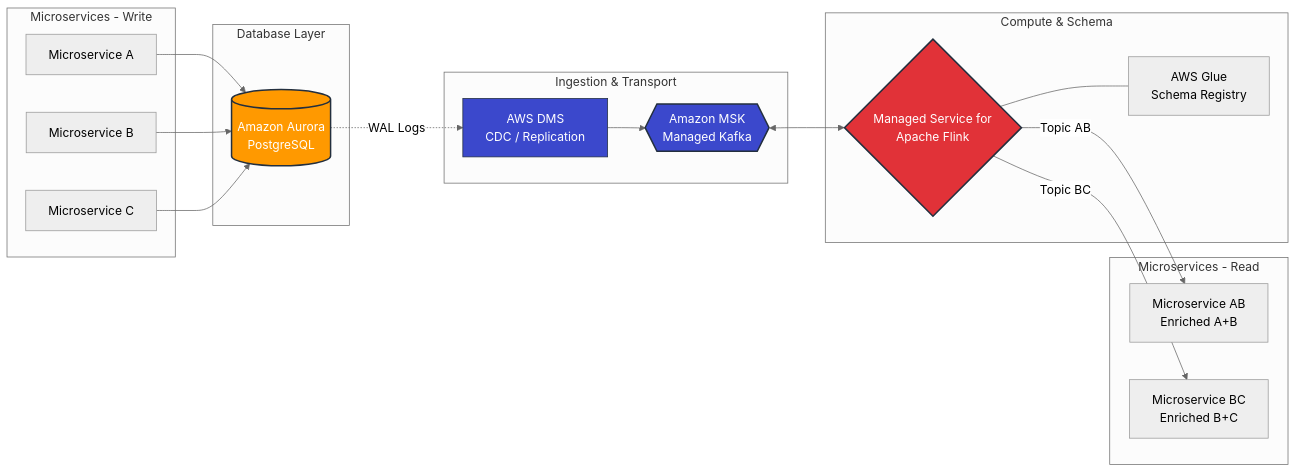
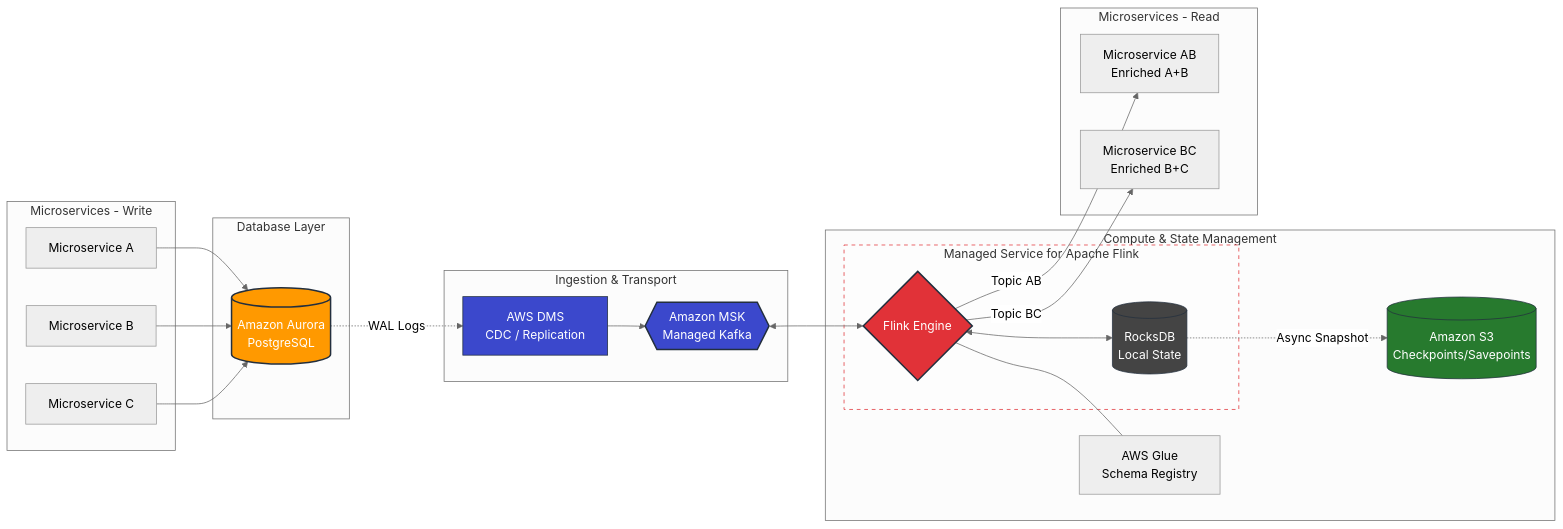
Before and after one commit to bw-alex-riazanov/event-driven-architecture: the diagram in diagrams/aws.md, drawn with Mermaid (neutral theme).

````diff
--- a/diagrams/aws.md
+++ b/diagrams/aws.md
@@ -4,47 +4,58 @@
 ```mermaid
 graph LR
     subgraph Producers [Microservices - Write]
         A[Microservice A]
         B[Microservice B]
         C[Microservice C]
     end
 
     subgraph Storage [Database Layer]
         Aurora[(Amazon Aurora<br/>PostgreSQL)]
     end
 
     subgraph Streaming [Ingestion & Transport]
         DMS[AWS DMS<br/>CDC / Replication]
         MSK{{Amazon MSK<br/>Managed Kafka}}
     end
 
-    subgraph Processing [Compute & Schema]
-        Flink{Managed Service for<br/>Apache Flink}
+    subgraph Processing [Compute & State Management]
+        subgraph FlinkApp [Managed Service for Apache Flink]
+            Flink{Flink Engine}
+            Rocks[(RocksDB<br/>Local State)]
+            Flink <--> Rocks
+        end
         Glue[AWS Glue<br/>Schema Registry]
+        S3[(Amazon S3<br/>Checkpoints/Savepoints)]
     end
 
     subgraph Consumers [Microservices - Read]
         AB[Microservice AB<br/>Enriched A+B]
         BC[Microservice BC<br/>Enriched B+C]
     end
 
     %% Data Flow
     A --> Aurora
     B --> Aurora
     C --> Aurora
 
     Aurora -.->|WAL Logs| DMS
     DMS --> MSK
     
     MSK <--> Flink
     Flink --- Glue
     
+    %% State Persistence
+    Rocks -.->|Async Snapshot| S3
+    
     Flink -->|Topic AB| AB
     Flink -->|Topic BC| BC
 
     %% Styling
     style Aurora fill:#f90,stroke:#232f3e,stroke-width:2px,color:#fff
     style MSK fill:#3b48cc,stroke:#232f3e,stroke-width:2px,color:#fff
     style Flink fill:#e13238,stroke:#232f3e,stroke-width:2px,color:#fff
     style DMS fill:#3b48cc,stroke:#232f3e,stroke-width:1px,color:#fff
+    style Rocks fill:#444,stroke:#232f3e,stroke-width:1px,color:#fff
+    style S3 fill:#277a2e,stroke:#232f3e,stroke-width:1px,color:#fff
+    style FlinkApp fill:#fdfdfd,stroke:#e13238,stroke-dasharray: 5 5
 ```
````
